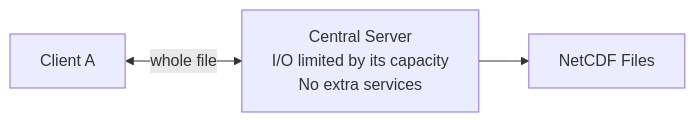
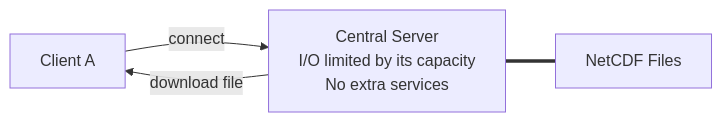
The first of 3 diagrams in content/why-cloud.qmd (nmfs-opensci/EDMW-EarthData-Workshop-2025), drawn with Mermaid before and after one commit. The commit also changed other lines of this file and 17 other files, not shown here.

````diff
--- a/content/why-cloud.qmd
+++ b/content/why-cloud.qmd
@@ -7,7 +7,8 @@
 ```{mermaid}
 flowchart LR
 
 %% Server-Based Access
-    S_C1[Client A] <-- whole file --> S_SRV[Central Server<br/>I/O limited by its capacity<br />No extra services]
-    S_SRV --> S_DISK[NetCDF Files]
+    S_C1[Client A] -- connect --> S_SRV[Central Server<br/>I/O limited by its capacity<br />No extra services]
+    S_SRV -- download file --> S_C1
+    S_SRV === DISK[NetCDF Files]
 ```
````
